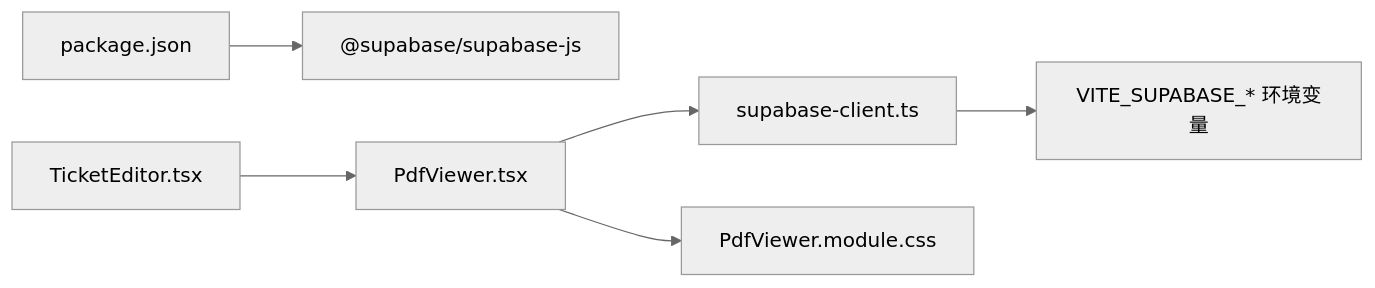
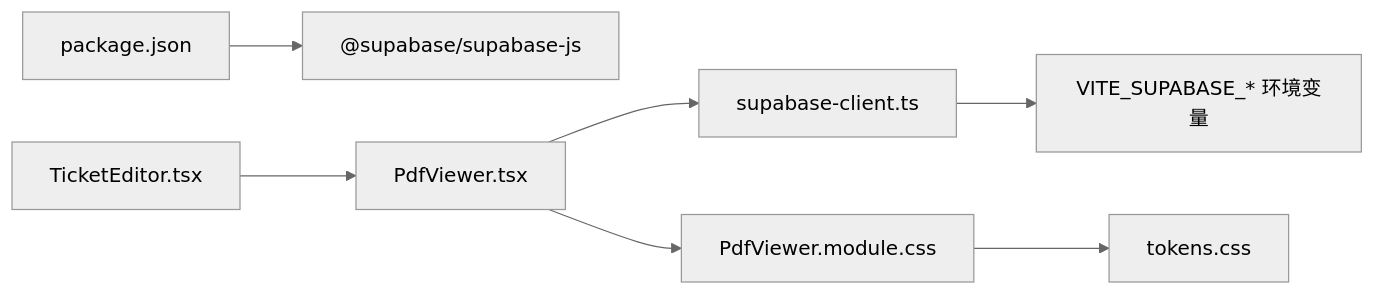
Before and after one commit to huangyilu/wanwuyishi: the fourth of 4 diagrams in .qoder/repowiki/zh/content/用户界面组件/PDF查看器组件.md, drawn with Mermaid (neutral theme). The commit also changed other lines of this file and 108 other files, not shown here.

````diff
--- a/.qoder/repowiki/zh/content/用户界面组件/PDF查看器组件.md
+++ b/.qoder/repowiki/zh/content/用户界面组件/PDF查看器组件.md
@@ -166,8 +178,9 @@
 ```mermaid
 graph LR
 Pkg["package.json"] --> Dep["@supabase/supabase-js"]
 SBC["supabase-client.ts"] --> Env["VITE_SUPABASE_* 环境变量"]
 PV["PdfViewer.tsx"] --> SBC
 PV --> CSS["PdfViewer.module.css"]
+CSS --> Tokens["tokens.css"]
 TE["TicketEditor.tsx"] --> PV
 ```
````
